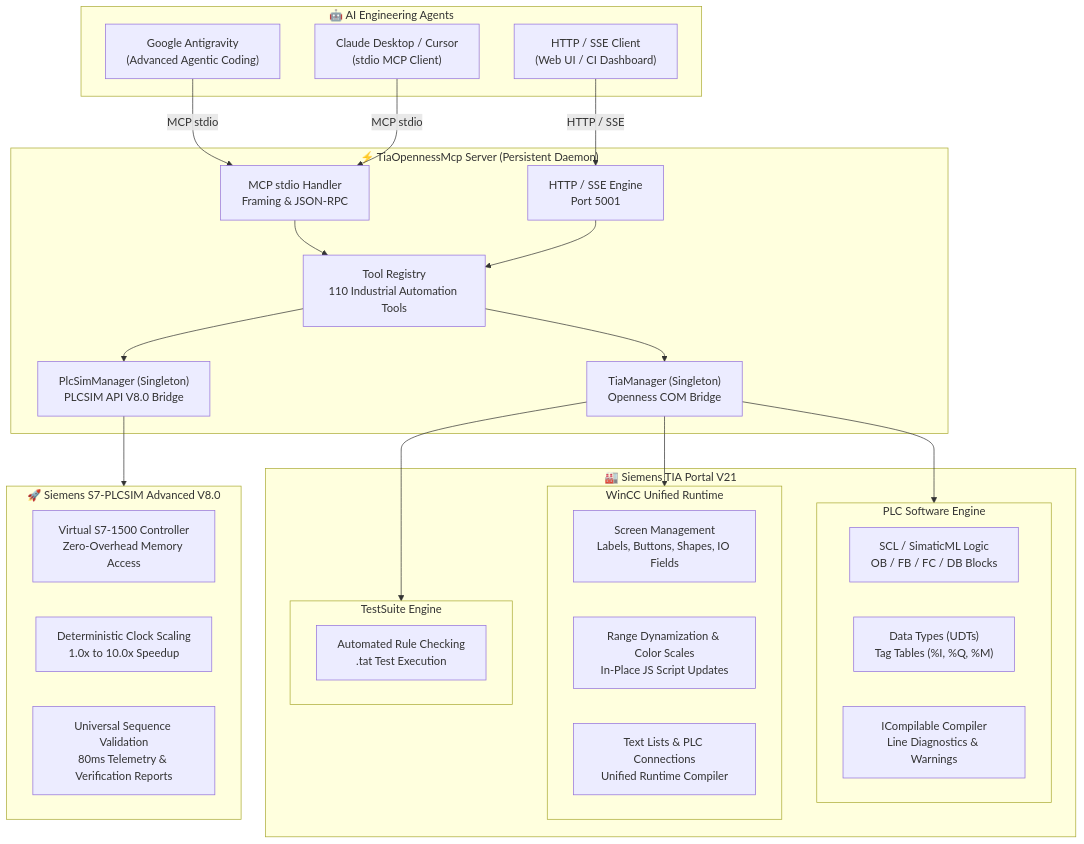
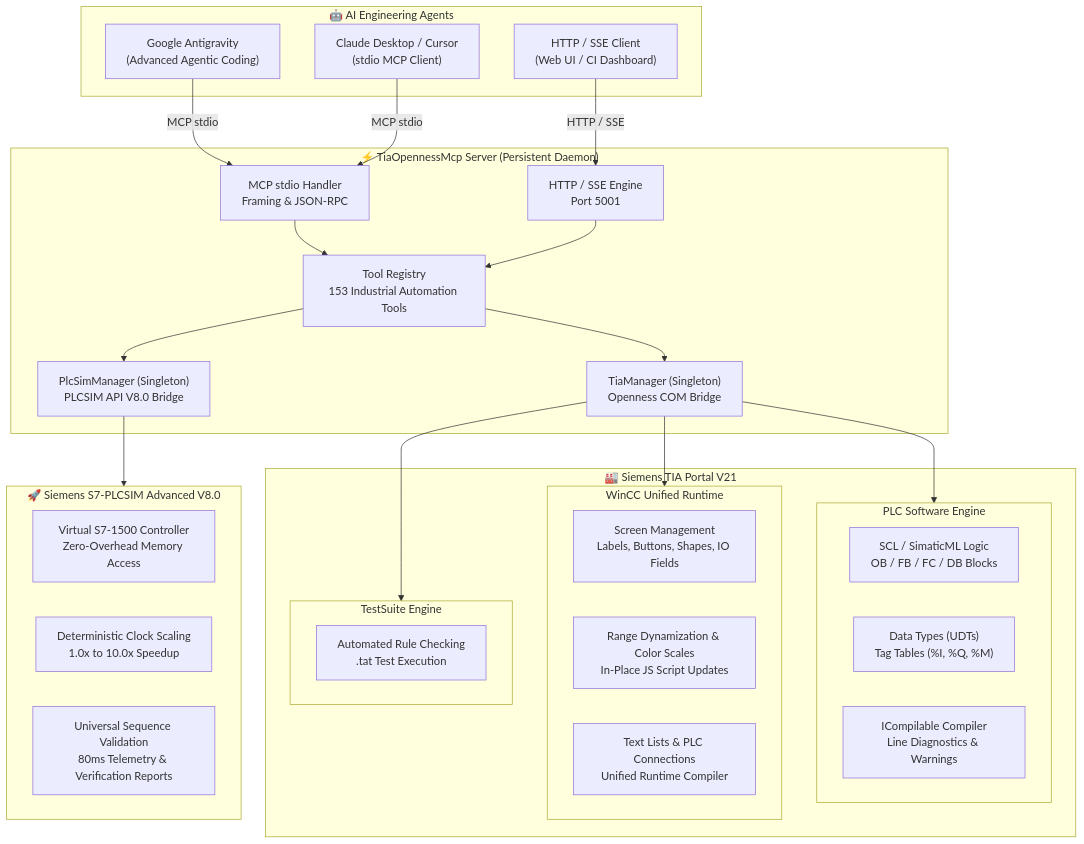
One commit to jessenic/TIA-MCP-Server changed the first of 7 diagrams in README.md. Above: the diagram before and after it, drawn with Mermaid. The commit also changed other lines of this file and 13 other files, not shown here.

````diff
--- a/README.md
+++ b/README.md
@@ -61,50 +61,50 @@
 ```mermaid
 flowchart TD
     subgraph AGENTS["🤖 AI Engineering Agents"]
         AgentAntigravity["Google Antigravity<br/>(Advanced Agentic Coding)"]
         AgentClaude["Claude Desktop / Cursor<br/>(stdio MCP Client)"]
         AgentCustom["HTTP / SSE Client<br/>(Web UI / CI Dashboard)"]
     end
 
     subgraph SERVER["⚡ TiaOpennessMcp Server (Persistent Daemon)"]
         TransportStdio["MCP stdio Handler<br/>Framing & JSON-RPC"]
         TransportHttp["HTTP / SSE Engine<br/>Port 5001"]
-        ToolRegistry["Tool Registry<br/>110 Industrial Automation Tools"]
+        ToolRegistry["Tool Registry<br/>153 Industrial Automation Tools"]
         TiaMgr["TiaManager (Singleton)<br/>Openness COM Bridge"]
         PlcSimMgr["PlcSimManager (Singleton)<br/>PLCSIM API V8.0 Bridge"]
     end
 
     subgraph TIA["🏭 Siemens TIA Portal V21"]
         subgraph PLC["PLC Software Engine"]
             PlcLogic["SCL / SimaticML Logic<br/>OB / FB / FC / DB Blocks"]
             PlcTypes["Data Types (UDTs)<br/>Tag Tables (%I, %Q, %M)"]
             PlcCompile["ICompilable Compiler<br/>Line Diagnostics & Warnings"]
         end
         subgraph HMI["WinCC Unified Runtime"]
             HmiScreens["Screen Management<br/>Labels, Buttons, Shapes, IO Fields"]
             HmiDynamization["Range Dynamization & Color Scales<br/>In-Place JS Script Updates"]
             HmiComm["Text Lists & PLC Connections<br/>Unified Runtime Compiler"]
         end
         subgraph TEST["TestSuite Engine"]
             TestSuite["Automated Rule Checking<br/>.tat Test Execution"]
         end
     end
 
     subgraph SIM["🚀 Siemens S7-PLCSIM Advanced V8.0"]
         SimRuntime["Virtual S7-1500 Controller<br/>Zero-Overhead Memory Access"]
         SimScale["Deterministic Clock Scaling<br/>1.0x to 10.0x Speedup"]
         SimSeq["Universal Sequence Validation<br/>80ms Telemetry & Verification Reports"]
     end
 
     AgentAntigravity -->|MCP stdio| TransportStdio
     AgentClaude -->|MCP stdio| TransportStdio
     AgentCustom -->|HTTP / SSE| TransportHttp
     TransportStdio --> ToolRegistry
     TransportHttp --> ToolRegistry
     ToolRegistry --> TiaMgr
     ToolRegistry --> PlcSimMgr
     TiaMgr --> PLC
     TiaMgr --> HMI
     TiaMgr --> TEST
     PlcSimMgr --> SIM
 ```
````
